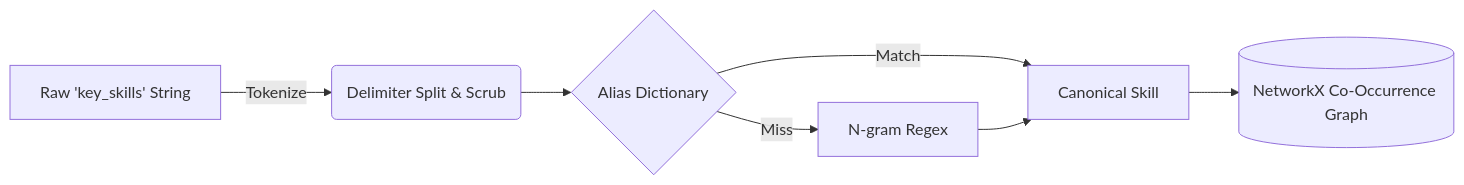
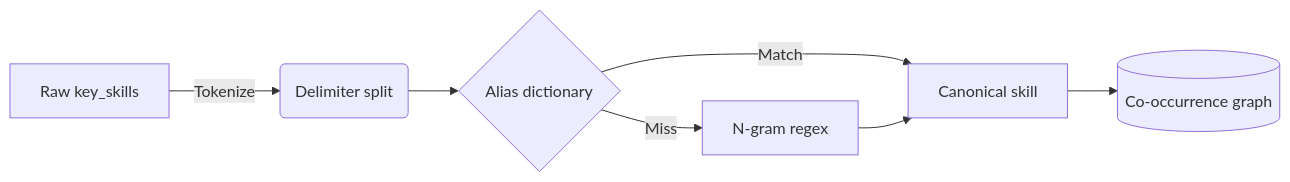
Before and after one commit to 17prabhanshu/ctrl-shift-n-winpeat: the second of 2 diagrams in README.md, drawn with Mermaid. The commit also changed other lines of this file, not shown here.

````diff
--- a/README.md
+++ b/README.md
@@ -87,9 +81,9 @@
 ```mermaid
 flowchart LR
-    A[Raw 'key_skills' String] -->|Tokenize| B(Delimiter Split & Scrub)
-    B --> C{Alias Dictionary}
-    C -->|Match| D[Canonical Skill]
-    C -->|Miss| E[N-gram Regex]
+    A["Raw key_skills"] -->|Tokenize| B(Delimiter split)
+    B --> C{Alias dictionary}
+    C -->|Match| D[Canonical skill]
+    C -->|Miss| E[N-gram regex]
     E --> D
-    D --> F[(NetworkX Co-Occurrence Graph)]
+    D --> F[(Co-occurrence graph)]
 ```
````
